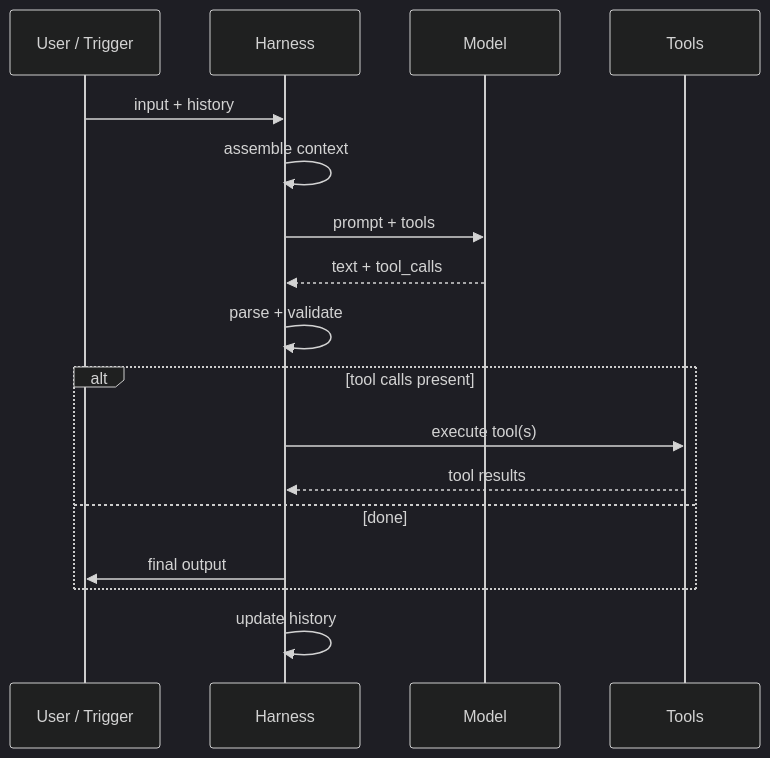
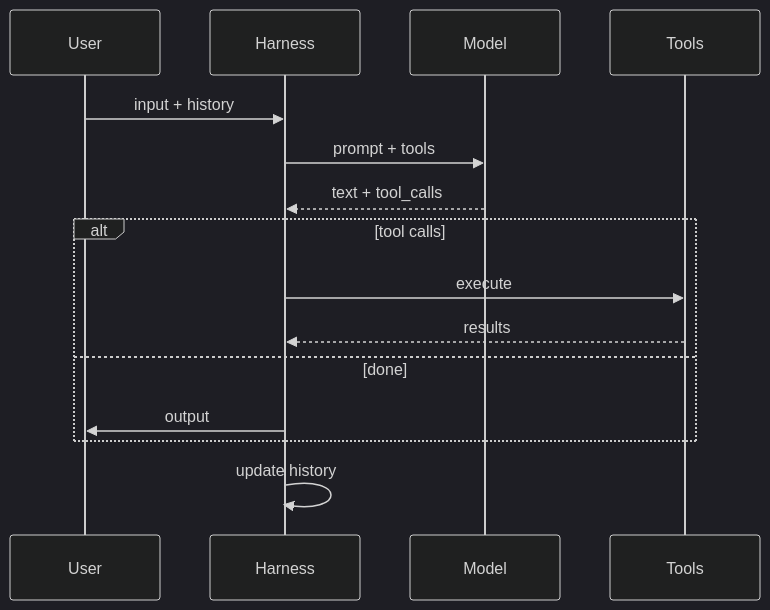
The third of 5 diagrams in slides.md (q15co/slides), drawn with Mermaid (dark theme) before and after one commit. The commit also changed other lines of this file and 1 other file, not shown here.

Commit message:
fix: slide 7 overflow — reduce sequence diagram scale, trim steps, consolidate bullets

````diff
--- a/slides.md
+++ b/slides.md
@@ -339,20 +337,18 @@
-```mermaid {scale: 0.6}
+```mermaid {scale: 0.42}
 sequenceDiagram
-    participant U as User / Trigger
+    participant U as User
     participant H as Harness
     participant M as Model
     participant T as Tools
 
     U->>H: input + history
-    H->>H: assemble context
     H->>M: prompt + tools
     M-->>H: text + tool_calls
-    H->>H: parse + validate
-    alt tool calls present
-        H->>T: execute tool(s)
-        T-->>H: tool results
+    alt tool calls
+        H->>T: execute
+        T-->>H: results
     else done
-        H->>U: final output
+        H->>U: output
     end
     H->>H: update history
 ```
````
